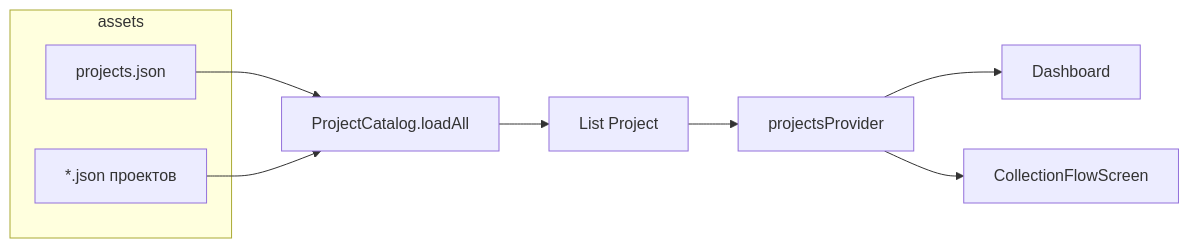
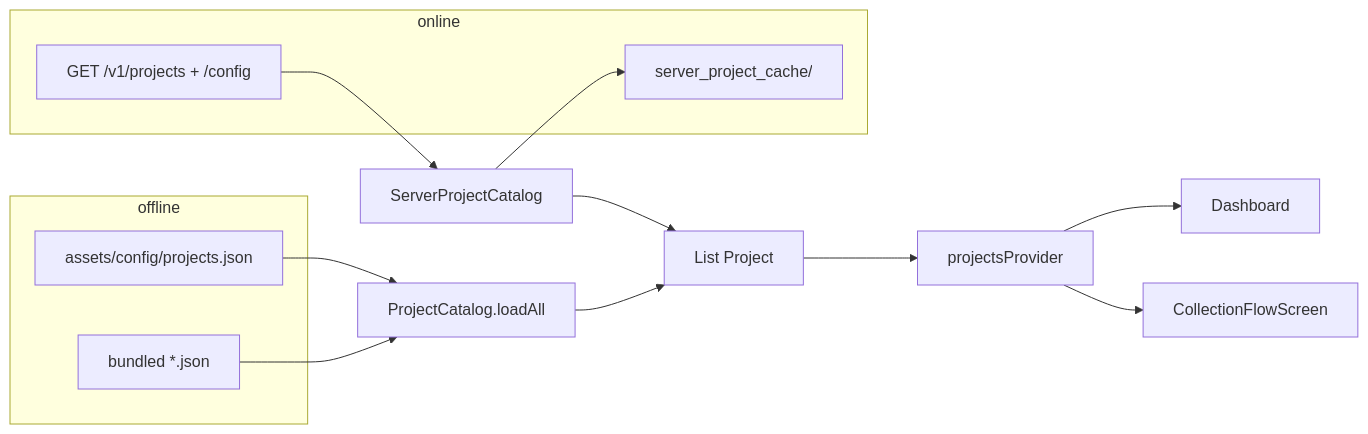
Before and after one commit to epoch8/data-collector: the first of 2 diagrams in specs/config/json-driven-collection-ui.md, drawn with Mermaid. The commit also changed other lines of this file and 20 other files, not shown here.

````diff
--- a/specs/config/json-driven-collection-ui.md
+++ b/specs/config/json-driven-collection-ui.md
@@ -11,13 +13,20 @@
 ```mermaid
 flowchart LR
-  subgraph assets
-    M["projects.json"]
-    P["*.json проектов"]
+  subgraph offline
+    M["assets/config/projects.json"]
+    P["bundled *.json"]
+  end
+  subgraph online
+    API["GET /v1/projects + /config"]
+    Cache["server_project_cache/"]
   end
   M --> PC[ProjectCatalog.loadAll]
   P --> PC
+  API --> SPC[ServerProjectCatalog]
+  SPC --> Cache
   PC --> PR[List Project]
+  SPC --> PR
   PR --> PP[projectsProvider]
   PP --> Dash[Dashboard]
   PP --> CFS[CollectionFlowScreen]
 ```
````
